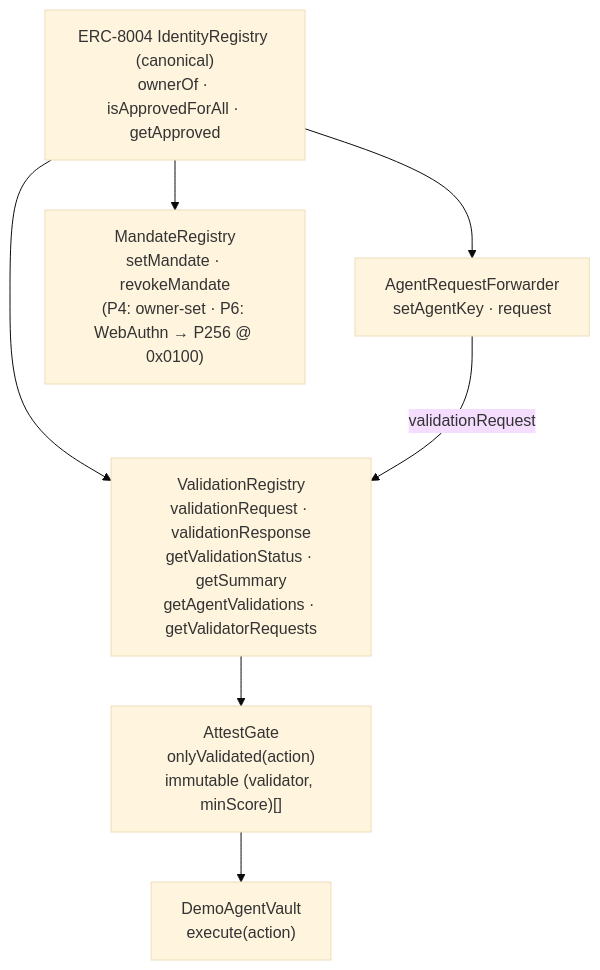
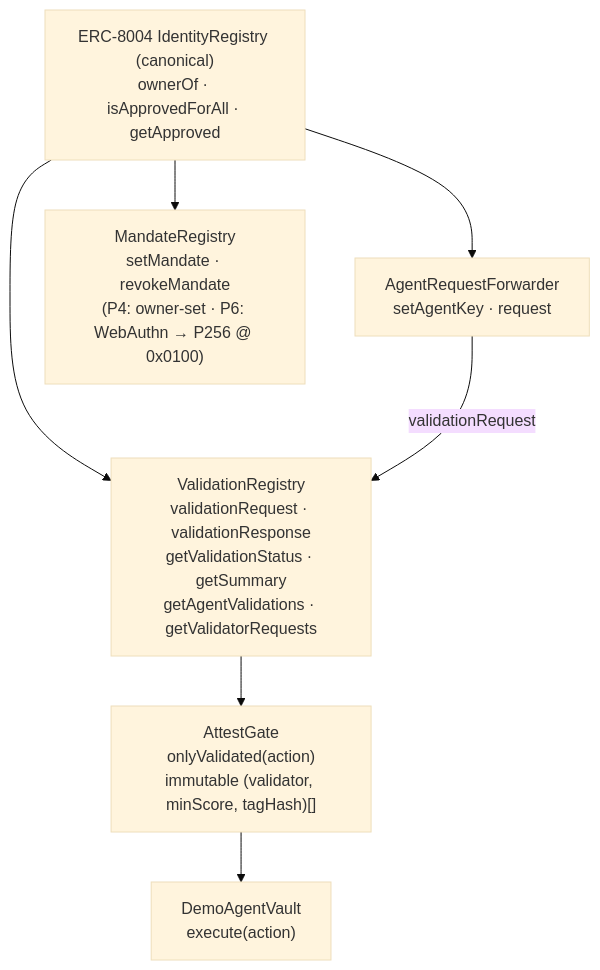
Before and after one commit to AmitChowdary122/attest8004: the second of 5 diagrams in ARCHITECTURE.md, drawn with Mermaid (base theme). The commit also changed other lines of this file and 6 other files, not shown here.

````diff
--- a/ARCHITECTURE.md
+++ b/ARCHITECTURE.md
@@ -92,15 +92,15 @@
 ```mermaid
 flowchart TB
   ID["ERC-8004 IdentityRegistry (canonical)<br/>ownerOf · isApprovedForAll · getApproved"]
   VR["ValidationRegistry<br/>validationRequest · validationResponse<br/>getValidationStatus · getSummary<br/>getAgentValidations · getValidatorRequests"]
   FW["AgentRequestForwarder<br/>setAgentKey · request"]
   MR["MandateRegistry<br/>setMandate · revokeMandate<br/>(P4: owner-set · P6: WebAuthn → P256 @ 0x0100)"]
-  G["AttestGate<br/>onlyValidated(action)<br/>immutable (validator, minScore)[]"]
+  G["AttestGate<br/>onlyValidated(action)<br/>immutable (validator, minScore, tagHash)[]"]
   V["DemoAgentVault<br/>execute(action)"]
   ID --> VR
   ID --> FW
   FW -->|validationRequest| VR
   ID --> MR
   VR --> G
   G --> V
 ```
````
